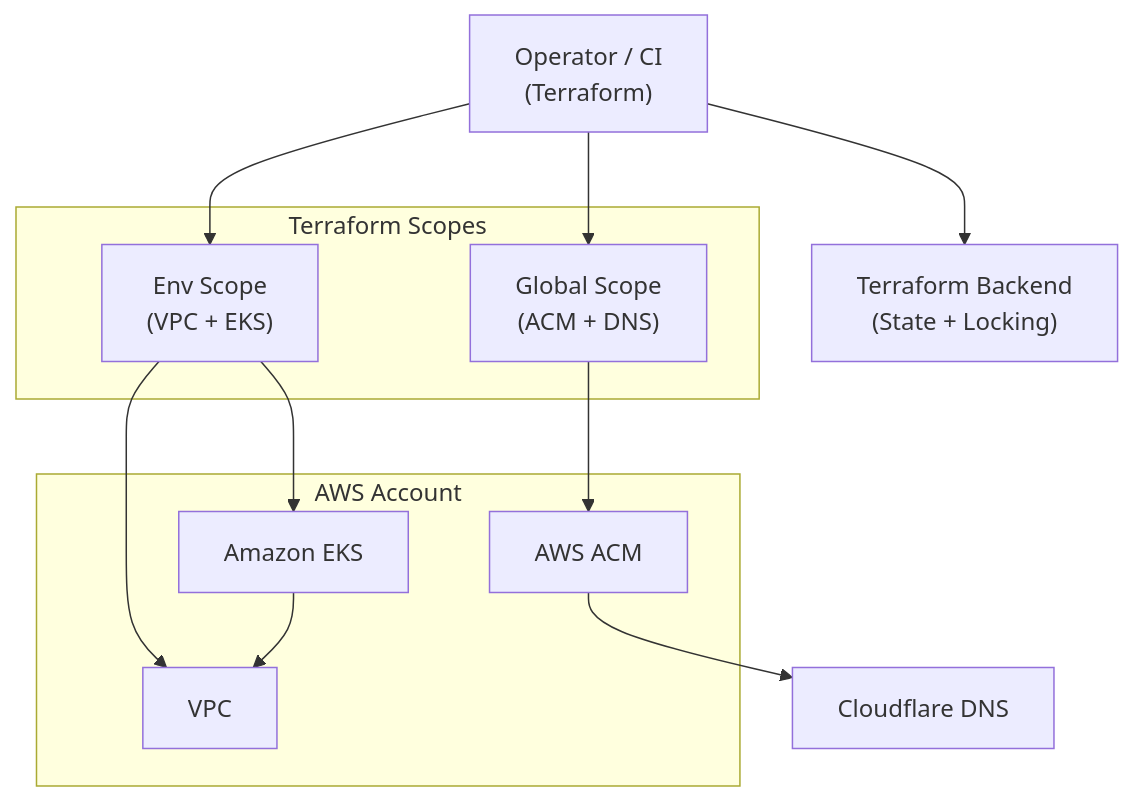
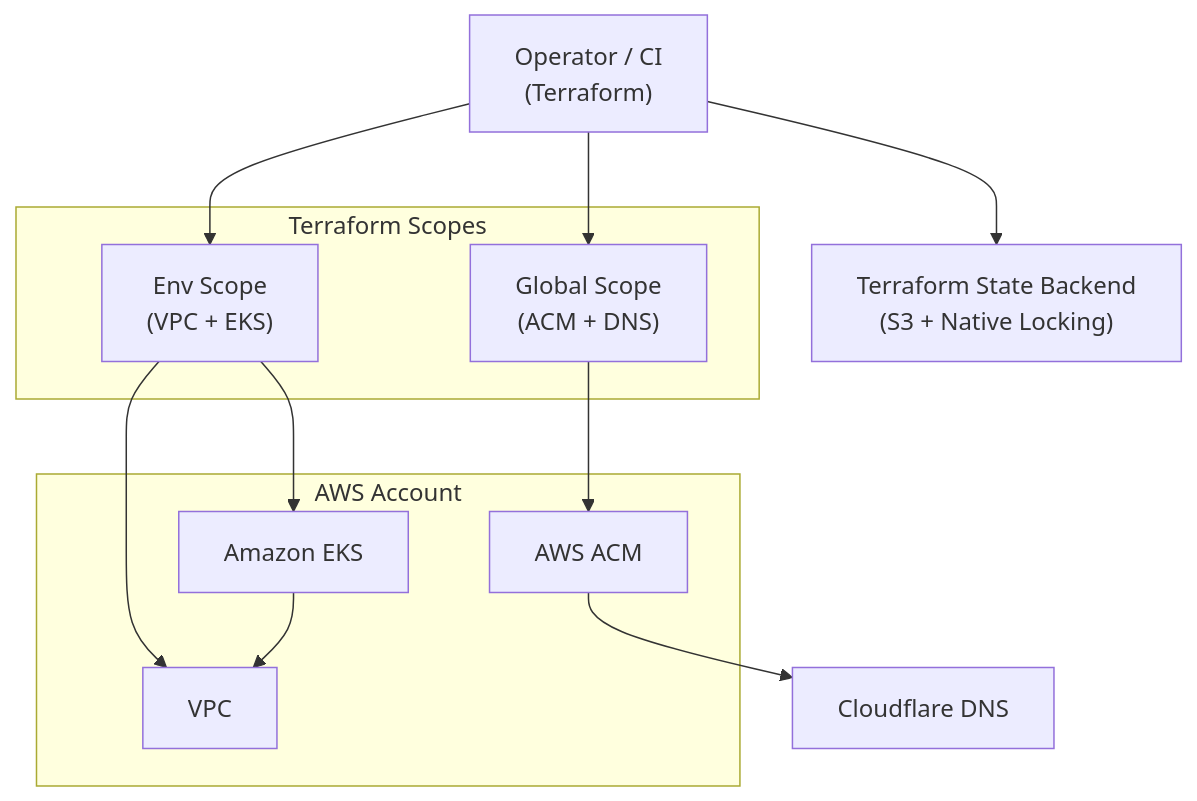
One commit to LaurisNeimanis/aws-eks-platform changed the diagram in README.md. Above: the diagram before and after it, drawn with Mermaid. The commit also changed other lines of this file and 4 other files, not shown here.

Commit message:
terraform(backend): align repo with S3 native state locking

````diff
--- a/README.md
+++ b/README.md
@@ -183,30 +183,30 @@
 ```mermaid
 flowchart TB
   Operator["Operator / CI<br/>(Terraform)"]
 
   subgraph TF["Terraform Scopes"]
     Global["Global Scope<br/>(ACM + DNS)"]
     Env["Env Scope<br/>(VPC + EKS)"]
   end
 
-  TFSTATE["Terraform Backend<br/>(State + Locking)"]
+  TFSTATE["Terraform State Backend<br/>(S3 + Native Locking)"]
 
   subgraph AWS["AWS Account"]
     VPC["VPC"]
     EKS["Amazon EKS"]
     ACM["AWS ACM"]
   end
 
   CF["Cloudflare DNS"]
 
   Operator --> TFSTATE
   Operator --> Global
   Operator --> Env
 
   Env --> VPC
   Env --> EKS
   EKS --> VPC
 
   Global --> ACM
   ACM --> CF
 ```
````
